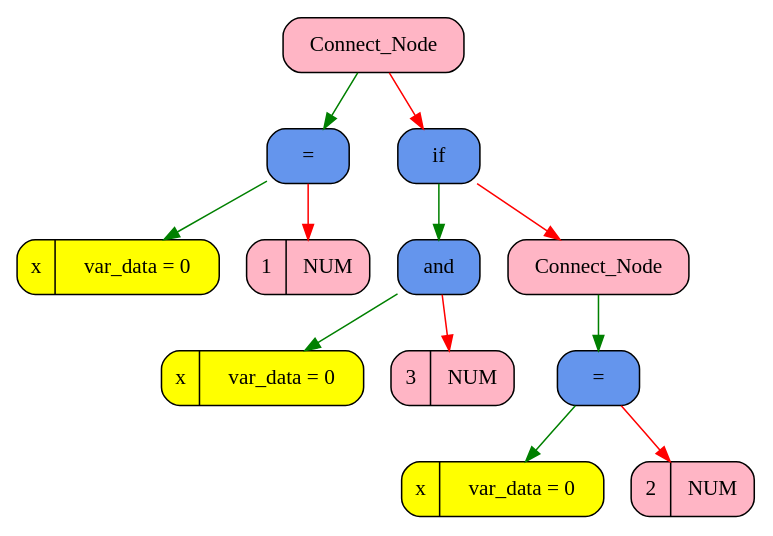
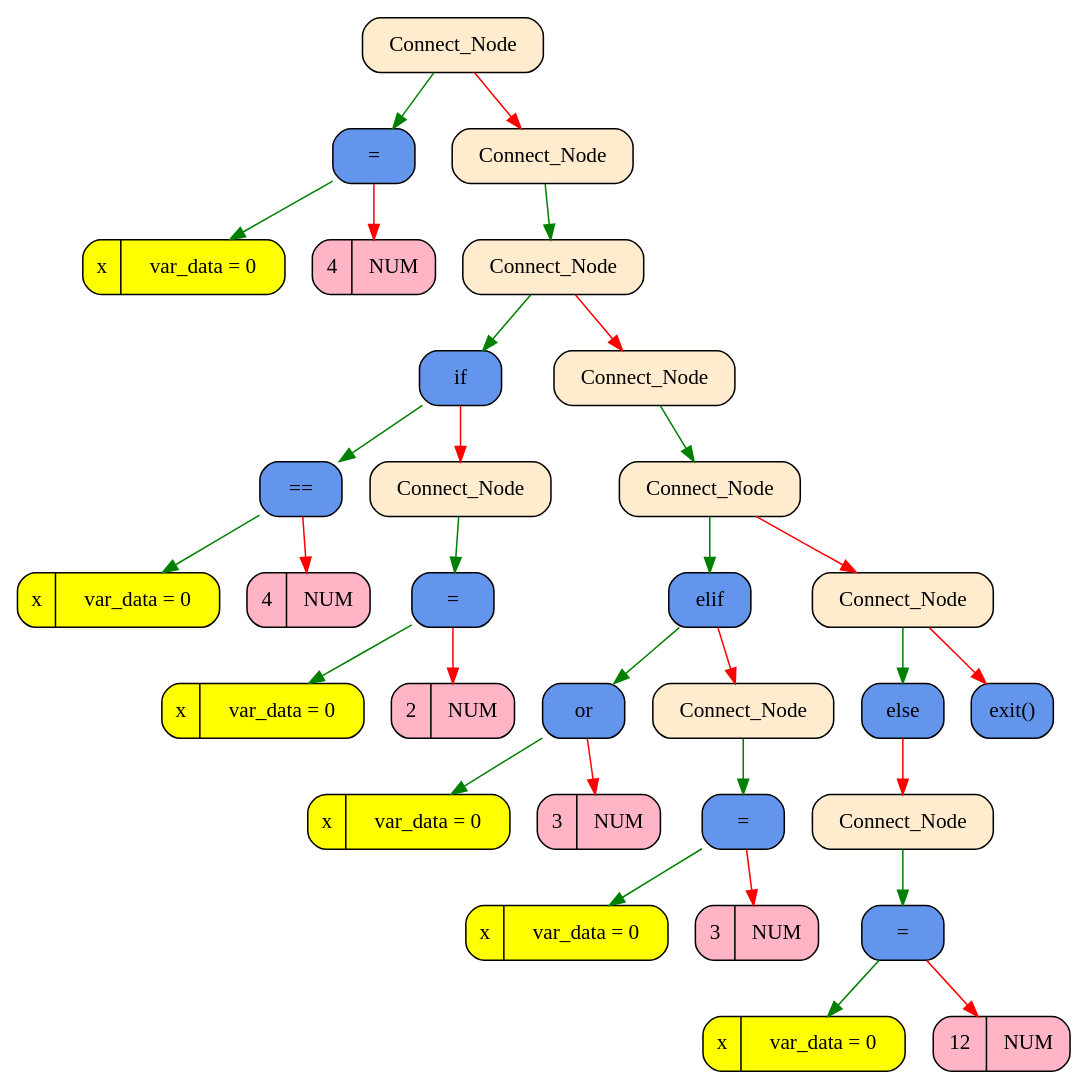
One commit to Pelmeshka127/Language changed the diagram in graphics/graph.dot. Above: the diagram before and after it, drawn with Graphviz. The commit also changed 66 other files, not shown here.

```diff
--- a/graphics/graph.dot
+++ b/graphics/graph.dot
@@ -1,29 +1,67 @@
 digraph Tree
 {
    rankdir = HR;
    node[fontsize=14];
    edge[color="black",fontcolor="blue",fontsize=12];
-   "0x104801ba0"[shape = Mrecord, style = filled, fillcolor = "pink1",   label = " <value> Connect_Node"];
-  "0x104801ba0" -> "0x104801f00" [color = "green"];
-  "0x104801ba0" -> "0x104801c00" [color = "red"];
-   "0x104801f00"[shape = Mrecord, style = filled, fillcolor = "cornflowerblue",   label = " <value> ="];
-  "0x104801f00" -> "0x104801fc0" [color = "green"];
-  "0x104801f00" -> "0x104801f30" [color = "red"];
-   "0x104801fc0"[shape = Mrecord, style = filled, fillcolor = "yellow",   label = " <value> x | var_data =  0"];
-   "0x104801f30"[shape = Mrecord, style = filled, fillcolor = "pink1",   label = " <value> 1 | NUM  "];
-   "0x104801c00"[shape = Mrecord, style = filled, fillcolor = "cornflowerblue",   label = " <value> if"];
-  "0x104801c00" -> "0x104801de0" [color = "green"];
-  "0x104801c00" -> "0x104801c30" [color = "red"];
-   "0x104801de0"[shape = Mrecord, style = filled, fillcolor = "cornflowerblue",   label = " <value> and"];
-  "0x104801de0" -> "0x104801ea0" [color = "green"];
-  "0x104801de0" -> "0x104801e10" [color = "red"];
-   "0x104801ea0"[shape = Mrecord, style = filled, fillcolor = "yellow",   label = " <value> x | var_data =  0"];
-   "0x104801e10"[shape = Mrecord, style = filled, fillcolor = "pink1",   label = " <value> 3 | NUM  "];
-   "0x104801c30"[shape = Mrecord, style = filled, fillcolor = "pink1",   label = " <value> Connect_Node"];
-  "0x104801c30" -> "0x104801c90" [color = "green"];
-   "0x104801c90"[shape = Mrecord, style = filled, fillcolor = "cornflowerblue",   label = " <value> ="];
-  "0x104801c90" -> "0x104801d50" [color = "green"];
-  "0x104801c90" -> "0x104801cc0" [color = "red"];
-   "0x104801d50"[shape = Mrecord, style = filled, fillcolor = "yellow",   label = " <value> x | var_data =  0"];
-   "0x104801cc0"[shape = Mrecord, style = filled, fillcolor = "pink1",   label = " <value> 2 | NUM  "];
+   "0x106602c80"[shape = Mrecord, style = filled, fillcolor = "blanchedalmond",   label = " <value> Connect_Node"];
+  "0x106602c80" -> "0x106601f00" [color = "green"];
+  "0x106602c80" -> "0x106602cb0" [color = "red"];
+   "0x106601f00"[shape = Mrecord, style = filled, fillcolor = "cornflowerblue",   label = " <value> ="];
+  "0x106601f00" -> "0x106601fc0" [color = "green"];
+  "0x106601f00" -> "0x106601f30" [color = "red"];
+   "0x106601fc0"[shape = Mrecord, style = filled, fillcolor = "yellow",   label = " <value> x | var_data =  0"];
+   "0x106601f30"[shape = Mrecord, style = filled, fillcolor = "pink1",   label = " <value> 4 | NUM  "];
+   "0x106602cb0"[shape = Mrecord, style = filled, fillcolor = "blanchedalmond",   label = " <value> Connect_Node"];
+  "0x106602cb0" -> "0x106602ce0" [color = "green"];
+   "0x106602ce0"[shape = Mrecord, style = filled, fillcolor = "blanchedalmond",   label = " <value> Connect_Node"];
+  "0x106602ce0" -> "0x106601c00" [color = "green"];
+  "0x106602ce0" -> "0x106602d10" [color = "red"];
+   "0x106601c00"[shape = Mrecord, style = filled, fillcolor = "cornflowerblue",   label = " <value> if"];
+  "0x106601c00" -> "0x106601de0" [color = "green"];
+  "0x106601c00" -> "0x106601c30" [color = "red"];
+   "0x106601de0"[shape = Mrecord, style = filled, fillcolor = "cornflowerblue",   label = " <value> =="];
+  "0x106601de0" -> "0x106601ea0" [color = "green"];
+  "0x106601de0" -> "0x106601e10" [color = "red"];
+   "0x106601ea0"[shape = Mrecord, style = filled, fillcolor = "yellow",   label = " <value> x | var_data =  0"];
+   "0x106601e10"[shape = Mrecord, style = filled, fillcolor = "pink1",   label = " <value> 4 | NUM  "];
+   "0x106601c30"[shape = Mrecord, style = filled, fillcolor = "blanchedalmond",   label = " <value> Connect_Node"];
+  "0x106601c30" -> "0x106601c90" [color = "green"];
+   "0x106601c90"[shape = Mrecord, style = filled, fillcolor = "cornflowerblue",   label = " <value> ="];
+  "0x106601c90" -> "0x106601d50" [color = "green"];
+  "0x106601c90" -> "0x106601cc0" [color = "red"];
+   "0x106601d50"[shape = Mrecord, style = filled, fillcolor = "yellow",   label = " <value> x | var_data =  0"];
+   "0x106601cc0"[shape = Mrecord, style = filled, fillcolor = "pink1",   label = " <value> 2 | NUM  "];
+   "0x106602d10"[shape = Mrecord, style = filled, fillcolor = "blanchedalmond",   label = " <value> Connect_Node"];
+  "0x106602d10" -> "0x106602d40" [color = "green"];
+   "0x106602d40"[shape = Mrecord, style = filled, fillcolor = "blanchedalmond",   label = " <value> Connect_Node"];
+  "0x106602d40" -> "0x1066018d0" [color = "green"];
+  "0x106602d40" -> "0x106602d70" [color = "red"];
+   "0x1066018d0"[shape = Mrecord, style = filled, fillcolor = "cornflowerblue",   label = " <value> elif"];
+  "0x1066018d0" -> "0x106601ab0" [color = "green"];
+  "0x1066018d0" -> "0x106601900" [color = "red"];
+   "0x106601ab0"[shape = Mrecord, style = filled, fillcolor = "cornflowerblue",   label = " <value> or"];
+  "0x106601ab0" -> "0x106601b70" [color = "green"];
+  "0x106601ab0" -> "0x106601ae0" [color = "red"];
+   "0x106601b70"[shape = Mrecord, style = filled, fillcolor = "yellow",   label = " <value> x | var_data =  0"];
+   "0x106601ae0"[shape = Mrecord, style = filled, fillcolor = "pink1",   label = " <value> 3 | NUM  "];
+   "0x106601900"[shape = Mrecord, style = filled, fillcolor = "blanchedalmond",   label = " <value> Connect_Node"];
+  "0x106601900" -> "0x106601960" [color = "green"];
+   "0x106601960"[shape = Mrecord, style = filled, fillcolor = "cornflowerblue",   label = " <value> ="];
+  "0x106601960" -> "0x106601a20" [color = "green"];
+  "0x106601960" -> "0x106601990" [color = "red"];
+   "0x106601a20"[shape = Mrecord, style = filled, fillcolor = "yellow",   label = " <value> x | var_data =  0"];
+   "0x106601990"[shape = Mrecord, style = filled, fillcolor = "pink1",   label = " <value> 3 | NUM  "];
+   "0x106602d70"[shape = Mrecord, style = filled, fillcolor = "blanchedalmond",   label = " <value> Connect_Node"];
+  "0x106602d70" -> "0x106602e30" [color = "green"];
+  "0x106602d70" -> "0x106602dd0" [color = "red"];
+   "0x106602e30"[shape = Mrecord, style = filled, fillcolor = "cornflowerblue",   label = " <value> else"];
+  "0x106602e30" -> "0x106602e60" [color = "red"];
+   "0x106602e60"[shape = Mrecord, style = filled, fillcolor = "blanchedalmond",   label = " <value> Connect_Node"];
+  "0x106602e60" -> "0x106601780" [color = "green"];
+   "0x106601780"[shape = Mrecord, style = filled, fillcolor = "cornflowerblue",   label = " <value> ="];
+  "0x106601780" -> "0x106601840" [color = "green"];
+  "0x106601780" -> "0x1066017b0" [color = "red"];
+   "0x106601840"[shape = Mrecord, style = filled, fillcolor = "yellow",   label = " <value> x | var_data =  0"];
+   "0x1066017b0"[shape = Mrecord, style = filled, fillcolor = "pink1",   label = " <value> 12 | NUM  "];
+   "0x106602dd0"[shape = Mrecord, style = filled, fillcolor = "cornflowerblue",   label = " <value> exit()"];
 }
```
